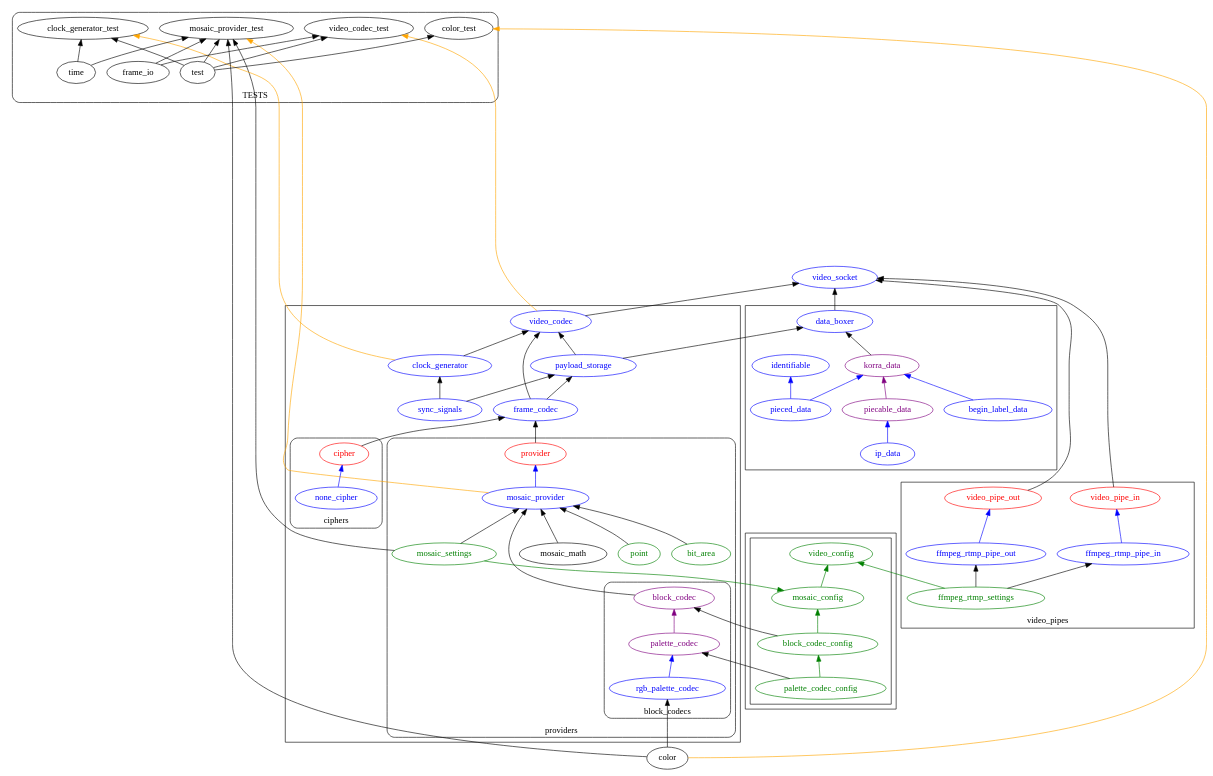
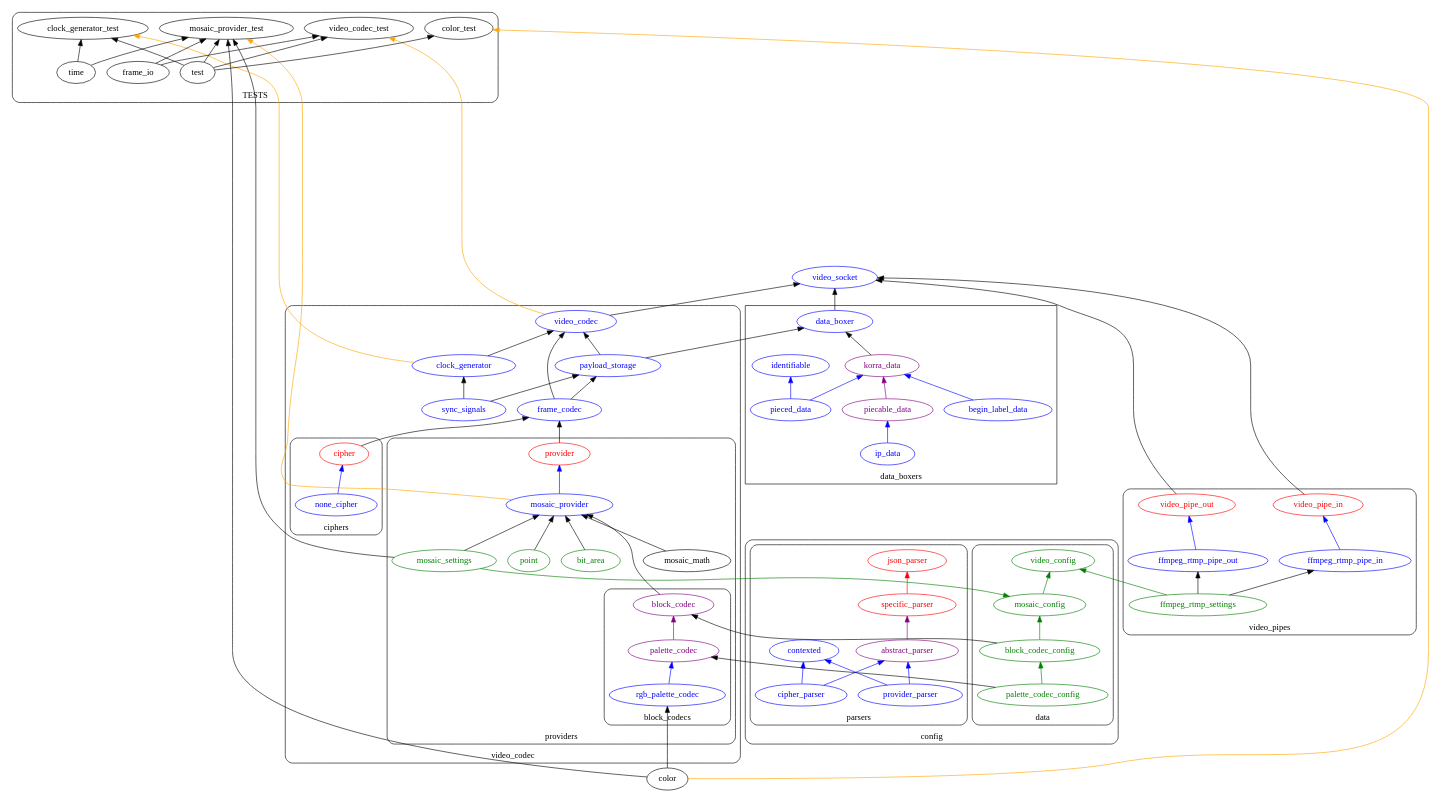
Before and after one commit to libera-cifero/Korra: the diagram in docs/architecture.dot, drawn with Graphviz. The commit also changed 2 other files, not shown here.

```diff
--- a/docs/architecture.dot
+++ b/docs/architecture.dot
@@ -4,7 +4,12 @@
     subgraph src{
 
         subgraph cluster_config{
+            label="config";
+            style=rounded;
             subgraph cluster_data {
+                label="data";
+                style=rounded;
+
                 video_config [color=green; fontcolor=green;];
                 mosaic_config [color=green; fontcolor=green;];
                 block_codec_config [color=green; fontcolor=green;];
@@ -15,11 +20,28 @@
                 palette_codec_config->block_codec_config [color=green;];
             }
             subgraph cluster_parser{
+                label="parsers";
+                style=rounded;
 
+                json_parser [color=red;fontcolor=red;];
+                specific_parser[color=red; fontcolor=red;];
+                abstract_parser [color = purple; fontcolor=purple;];
+                cipher_parser [color = blue; fontcolor=blue; ];
+                provider_parser [color = blue; fontcolor=blue; ];
+
+                contexted[color=blue; fontcolor=blue;];
+
+                specific_parser->json_parser [color=red;];
+                abstract_parser->specific_parser [color=purple; ];
+                cipher_parser->abstract_parser [color=blue;];
+                cipher_parser->contexted [color=blue;];
+                provider_parser->abstract_parser [color=blue;];
+                provider_parser->contexted [color=blue;];
             }
         }
 
         subgraph cluster_data_boxers {
+            label="data_boxers";
             subgraph data {
                 identifiable [color=blue; fontcolor=blue;]
 
@@ -45,7 +67,8 @@
             }
         }
         subgraph cluster_video_codec {
-
+            label="video_codec";
+            style=rounded;
             subgraph frame_codec{
                 subgraph cluster_providers {
                     label="providers";
@@ -138,6 +161,8 @@
 
         subgraph cluster_video_pipes {
             label="video_pipes";
+            style=rounded;
+
             video_pipe_in [color=red; fontcolor=red;];
             video_pipe_out [color = red; fontcolor=red;];
             ffmpeg_rtmp_pipe_in [color=blue;fontcolor=blue;];
```
